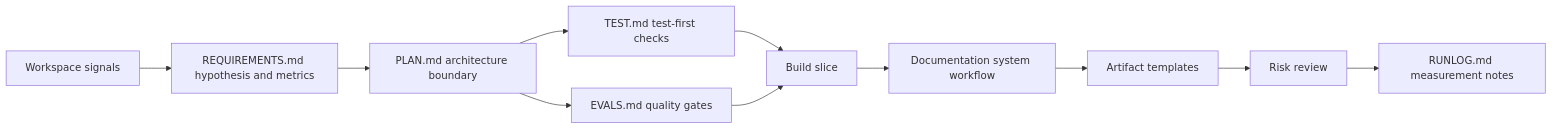
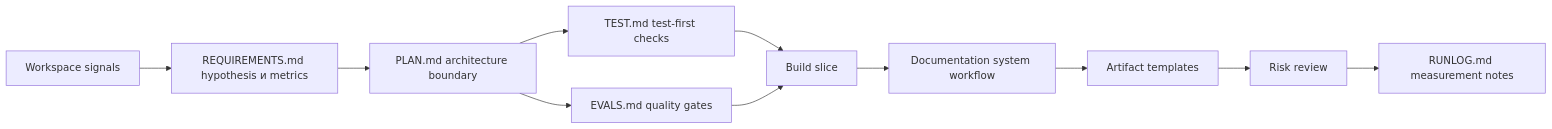
The second of 9 diagrams in docs/product-agent-os/architecture.md (alexroadcaster/product-agent-os), drawn with Mermaid before and after one commit. The commit also changed other lines of this file and 447 other files, not shown here.

````diff
--- a/docs/product-agent-os/architecture.md
+++ b/docs/product-agent-os/architecture.md
@@ -62,13 +62,13 @@
 ```mermaid
 flowchart LR
-    S["Workspace signals"] --> A["REQUIREMENTS.md hypothesis and metrics"]
+    S["Workspace signals"] --> A["REQUIREMENTS.md hypothesis и metrics"]
     A --> B["PLAN.md architecture boundary"]
     B --> C["TEST.md test-first checks"]
     B --> D["EVALS.md quality gates"]
     C --> E["Build slice"]
     D --> E
     E --> F["Documentation system workflow"]
     F --> T["Artifact templates"]
     T --> G["Risk review"]
     G --> H["RUNLOG.md measurement notes"]
 ```
````
